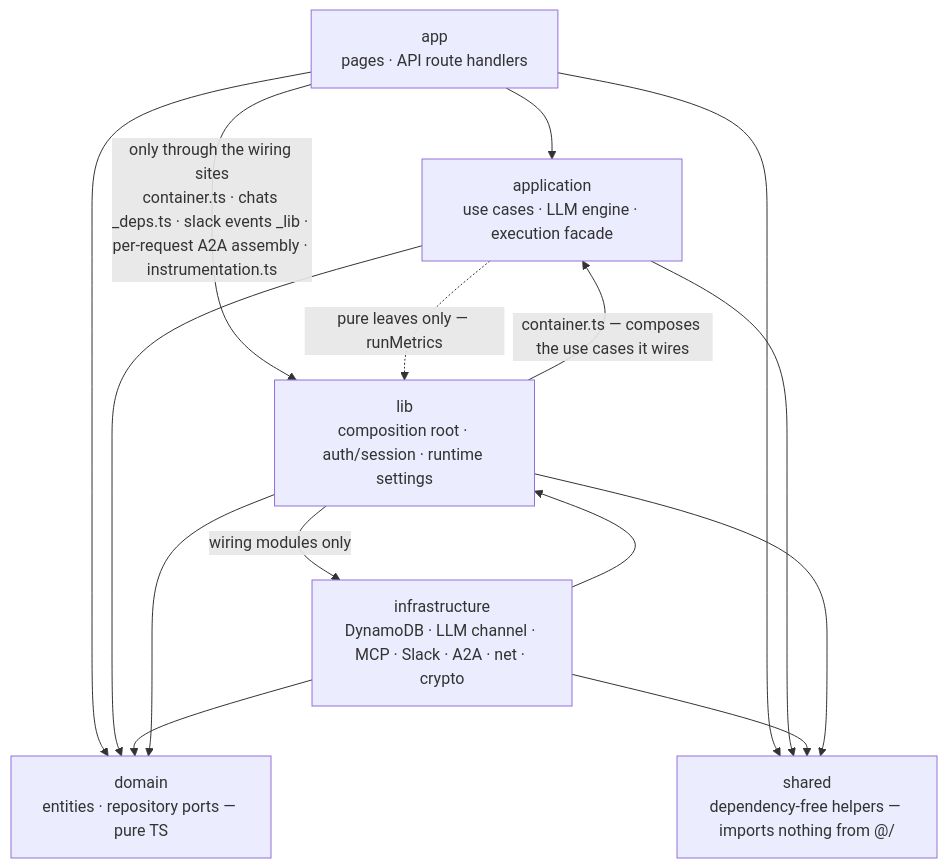
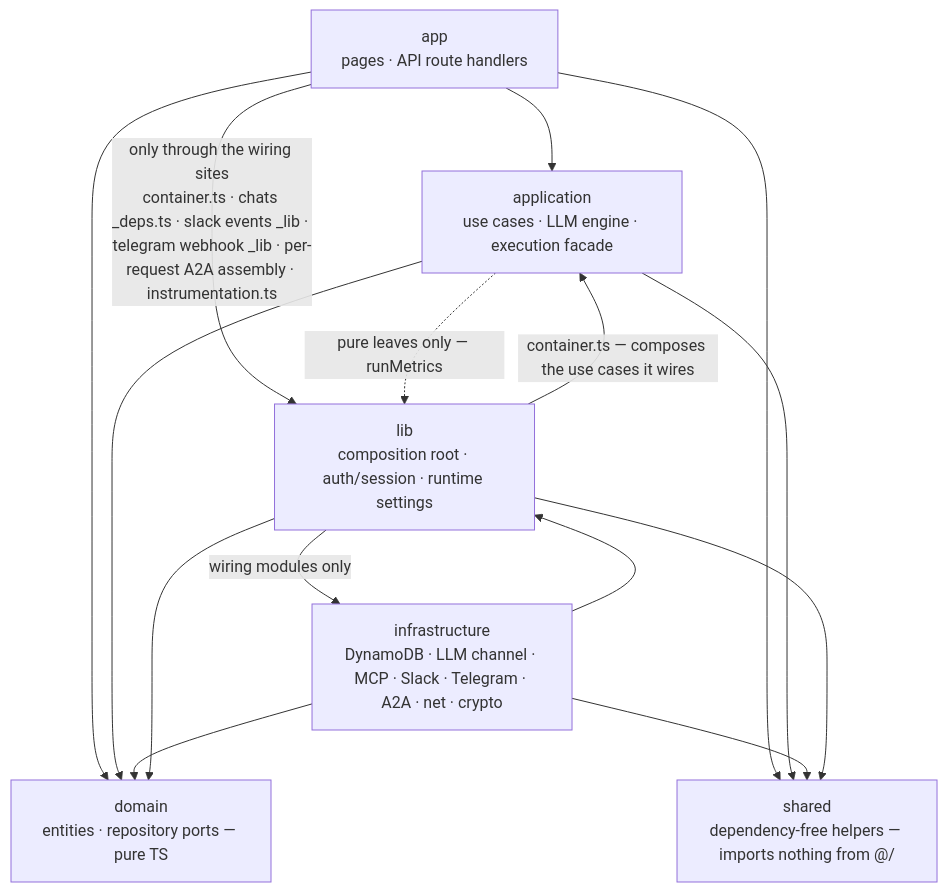
One commit to opspresso/agent-studio changed the first of 4 diagrams in docs/ARCHITECTURE.md. Above: the diagram before and after it, drawn with Mermaid. The commit also changed other lines of this file and 12 other files, not shown here.

````diff
--- a/docs/ARCHITECTURE.md
+++ b/docs/ARCHITECTURE.md
@@ -112,24 +115,24 @@
 ```mermaid
 flowchart TB
   app["app<br/>pages · API route handlers"]
   application["application<br/>use cases · LLM engine · execution facade"]
   domain["domain<br/>entities · repository ports — pure TS"]
-  infrastructure["infrastructure<br/>DynamoDB · LLM channel · MCP · Slack · A2A · net · crypto"]
+  infrastructure["infrastructure<br/>DynamoDB · LLM channel · MCP · Slack · Telegram · A2A · net · crypto"]
   lib["lib<br/>composition root · auth/session · runtime settings"]
   shared["shared<br/>dependency-free helpers — imports nothing from @/"]
 
   app --> application
   app --> domain
   application --> domain
   infrastructure --> domain
   infrastructure --> lib
-  app -->|"only through the wiring sites<br/>container.ts · chats _deps.ts · slack events _lib · per-request A2A assembly · instrumentation.ts"| lib
+  app -->|"only through the wiring sites<br/>container.ts · chats _deps.ts · slack events _lib · telegram webhook _lib · per-request A2A assembly · instrumentation.ts"| lib
   lib --> domain
   lib -->|"container.ts — composes the use cases it wires"| application
   lib -->|"wiring modules only"| infrastructure
   application -.->|"pure leaves only — runMetrics"| lib
   app --> shared
   application --> shared
   infrastructure --> shared
   lib --> shared
 ```
````
